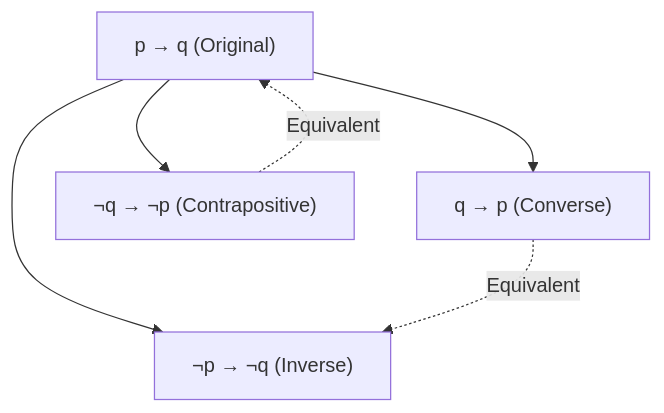
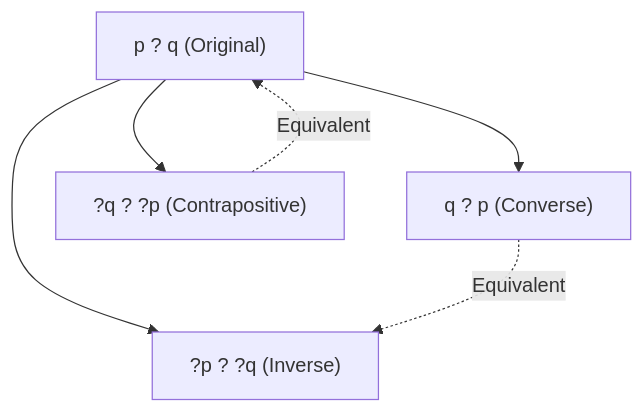
Before and after one commit to Raushan666java/ai-engineering-journey: the second of 3 diagrams in docs/courses/discrete-mathematics/02-logic.md, drawn with Mermaid. The commit also changed other lines of this file and 790 other files, not shown here.

Commit message:
Sync all course diagram renders and content updates

````diff
--- a/docs/courses/discrete-mathematics/02-logic.md
+++ b/docs/courses/discrete-mathematics/02-logic.md
@@ -156,8 +156,8 @@
 ```mermaid
 flowchart TD
-    A["p → q (Original)"] --> B["q → p (Converse)"]
-    A --> C["¬p → ¬q (Inverse)"]
-    A --> D["¬q → ¬p (Contrapositive)"]
+    A["p ? q (Original)"] --> B["q ? p (Converse)"]
+    A --> C["?p ? ?q (Inverse)"]
+    A --> D["?q ? ?p (Contrapositive)"]
     D -.->|Equivalent| A
     B -.->|Equivalent| C
 ```
````
